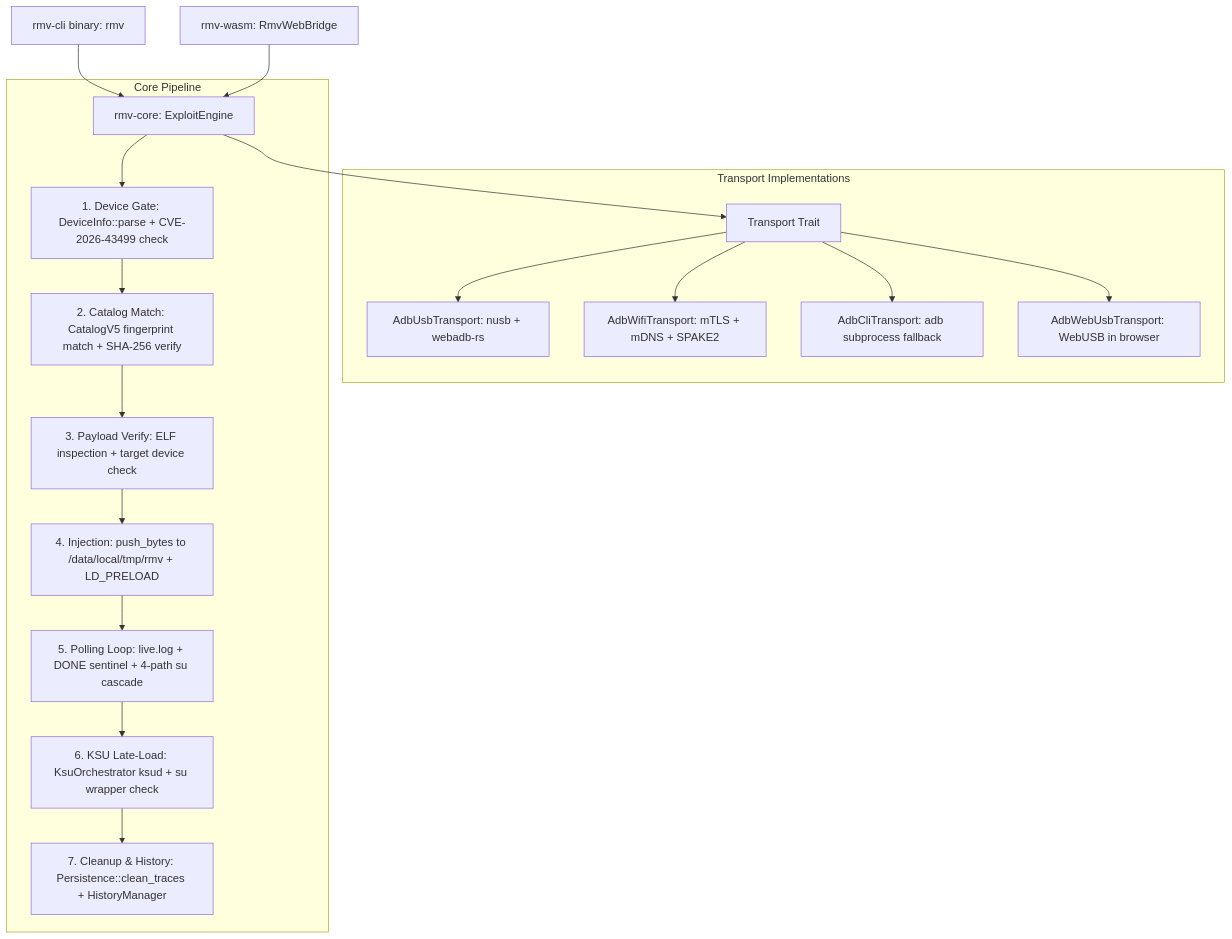
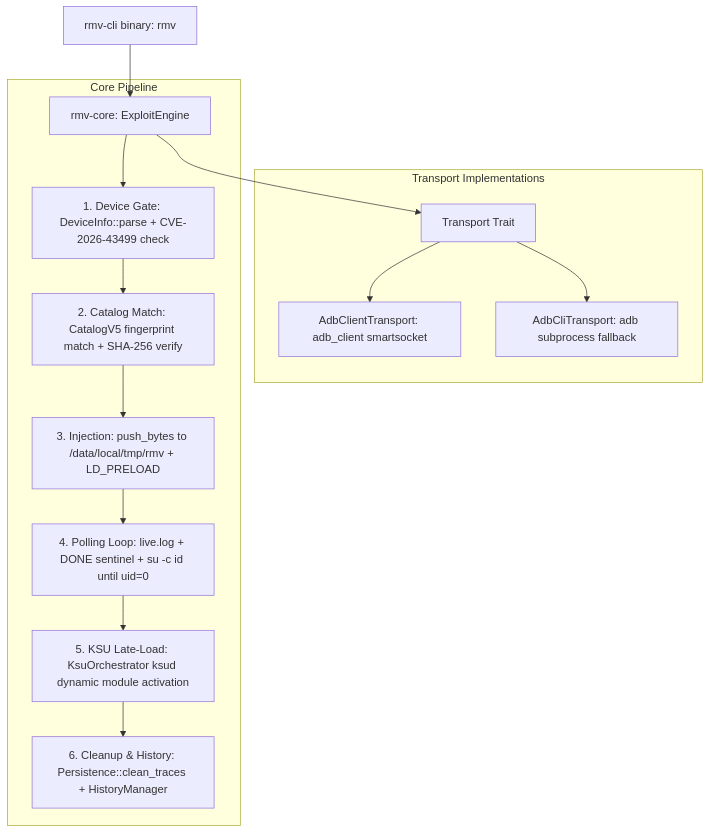
Before and after one commit to L-1124/RootMyVivo-rs: the diagram in README.md, drawn with Mermaid. The commit also changed other lines of this file and 3 other files, not shown here.

Commit message:
docs: update architecture guidelines, project README, gitignore, and skills-lock

````diff
--- a/README.md
+++ b/README.md
@@ -19,24 +18,20 @@
 ```mermaid
 graph TD
     CLI[rmv-cli binary: rmv] --> Engine[rmv-core: ExploitEngine]
-    WASM[rmv-wasm: RmvWebBridge] --> Engine
 
     Engine --> Trait[Transport Trait]
 
     subgraph Transport Implementations
-        Trait --> Usb[AdbUsbTransport: nusb + webadb-rs]
-        Trait --> Wifi[AdbWifiTransport: mTLS + mDNS + SPAKE2]
+        Trait --> Client[AdbClientTransport: adb_client smartsocket]
         Trait --> Cli[AdbCliTransport: adb subprocess fallback]
-        Trait --> WebUsb[AdbWebUsbTransport: WebUSB in browser]
     end
 
     subgraph Core Pipeline
         Engine --> Stage1[1. Device Gate: DeviceInfo::parse + CVE-2026-43499 check]
         Stage1 --> Stage2[2. Catalog Match: CatalogV5 fingerprint match + SHA-256 verify]
-        Stage2 --> Stage3[3. Payload Verify: ELF inspection + target device check]
-        Stage3 --> Stage4[4. Injection: push_bytes to /data/local/tmp/rmv + LD_PRELOAD]
-        Stage4 --> Stage5[5. Polling Loop: live.log + DONE sentinel + 4-path su cascade]
-        Stage5 --> Stage6[6. KSU Late-Load: KsuOrchestrator ksud + su wrapper check]
-        Stage6 --> Stage7[7. Cleanup & History: Persistence::clean_traces + HistoryManager]
+        Stage2 --> Stage3[3. Injection: push_bytes to /data/local/tmp/rmv + LD_PRELOAD]
+        Stage3 --> Stage4[4. Polling Loop: live.log + DONE sentinel + su -c id until uid=0]
+        Stage4 --> Stage5[5. KSU Late-Load: KsuOrchestrator ksud dynamic module activation]
+        Stage5 --> Stage6[6. Cleanup & History: Persistence::clean_traces + HistoryManager]
     end
 ```
````
